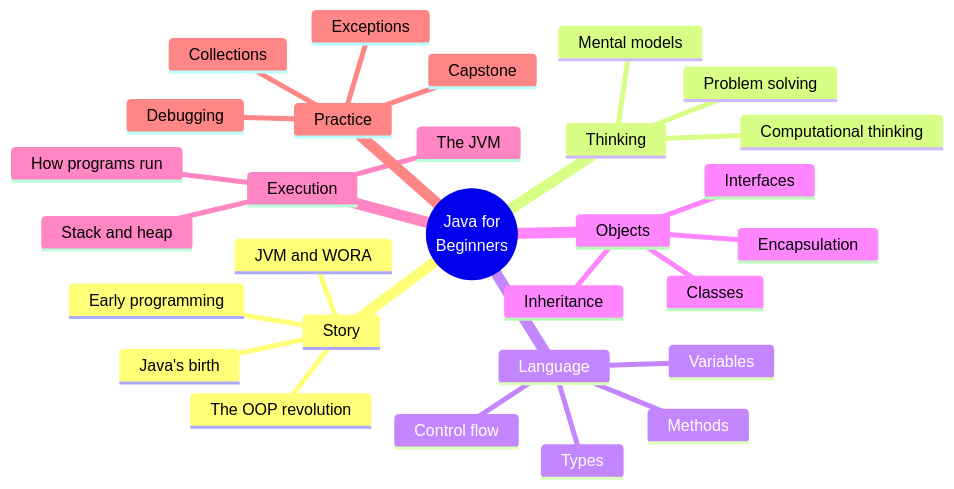
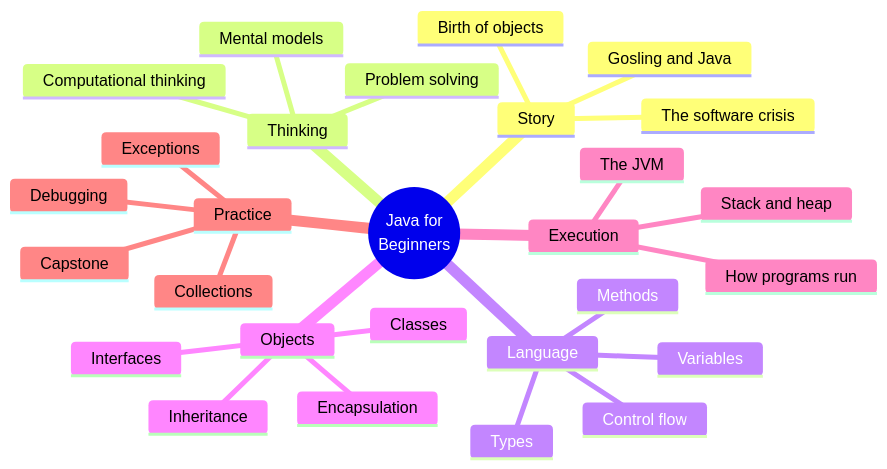
The diagram in content/learn/java-programming-for-beginners/index.mdx (dataslope/dataslope), drawn with Mermaid before and after one commit. The commit also changed other lines of this file and 19 other files, not shown here.

````diff
--- a/content/learn/java-programming-for-beginners/index.mdx
+++ b/content/learn/java-programming-for-beginners/index.mdx
@@ -66,32 +107,31 @@
 ```mermaid
 mindmap
   root((Java for<br/>Beginners))
     Story
-      Early programming
-      The OOP revolution
-      Java's birth
-      JVM and WORA
+      The software crisis
+      Birth of objects
+      Gosling and Java
     Thinking
       Computational thinking
       Problem solving
       Mental models
     Language
       Variables
       Types
       Methods
       Control flow
     Objects
       Classes
       Encapsulation
       Inheritance
       Interfaces
     Execution
       How programs run
       The JVM
       Stack and heap
     Practice
       Collections
       Exceptions
       Debugging
       Capstone
 ```
````
